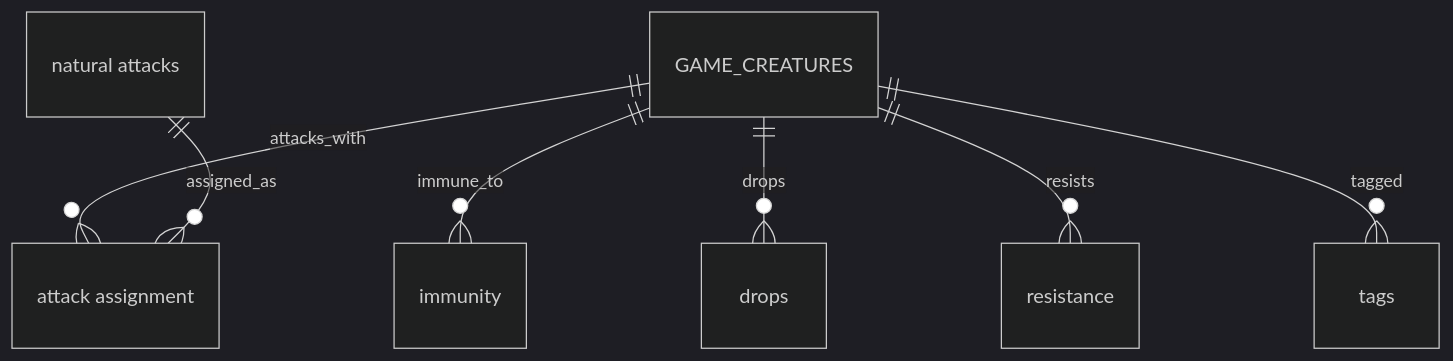
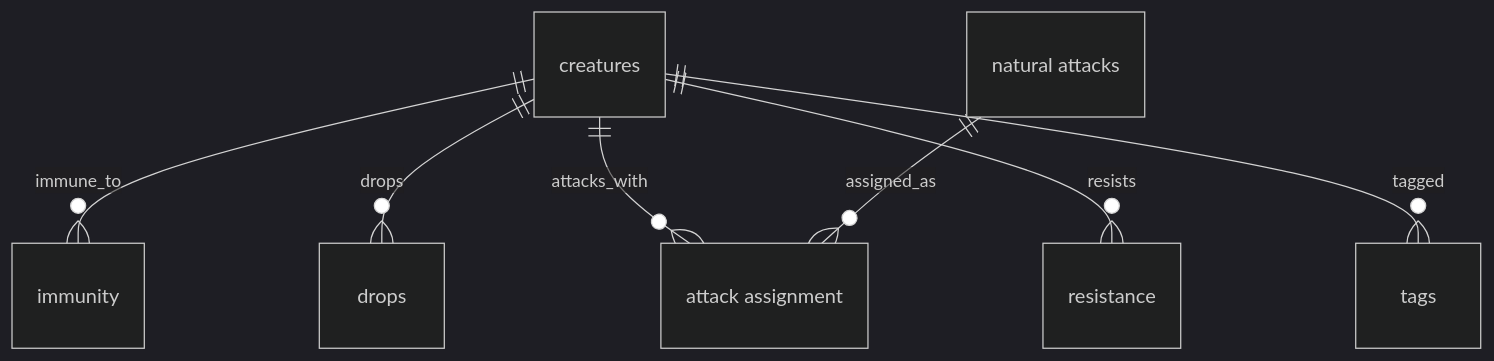
One commit to jonasferagen/agent-skills changed the fifth of 7 diagrams in collections/project-foundation/skills/diagrams-and-tables/references/er/examples.md. Above: the diagram before and after it, drawn with Mermaid (dark theme). The commit also changed other lines of this file and 8 other files, not shown here.

````diff
--- a/collections/project-foundation/skills/diagrams-and-tables/references/er/examples.md
+++ b/collections/project-foundation/skills/diagrams-and-tables/references/er/examples.md
@@ -119,16 +128,17 @@
 ```mermaid
 erDiagram
+  GAME_CREATURES["creatures"]
   GAME_CREATURE_CONDITION_IMMUNITY["immunity"]
   GAME_CREATURE_DROP["drops"]
   GAME_CREATURE_NATURAL_ATTACK["attack assignment"]
   GAME_CREATURE_RESISTANCE["resistance"]
   GAME_CREATURE_TAG["tags"]
   GAME_NATURAL_ATTACKS["natural attacks"]
 
   GAME_CREATURES ||--o{ GAME_CREATURE_CONDITION_IMMUNITY : immune_to
   GAME_CREATURES ||--o{ GAME_CREATURE_DROP : drops
   GAME_CREATURES ||--o{ GAME_CREATURE_NATURAL_ATTACK : attacks_with
   GAME_CREATURES ||--o{ GAME_CREATURE_RESISTANCE : resists
   GAME_CREATURES ||--o{ GAME_CREATURE_TAG : tagged
   GAME_NATURAL_ATTACKS ||--o{ GAME_CREATURE_NATURAL_ATTACK : assigned_as
 ```
````
